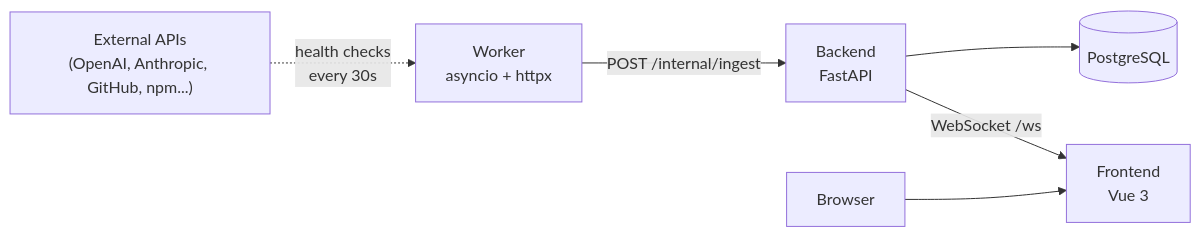
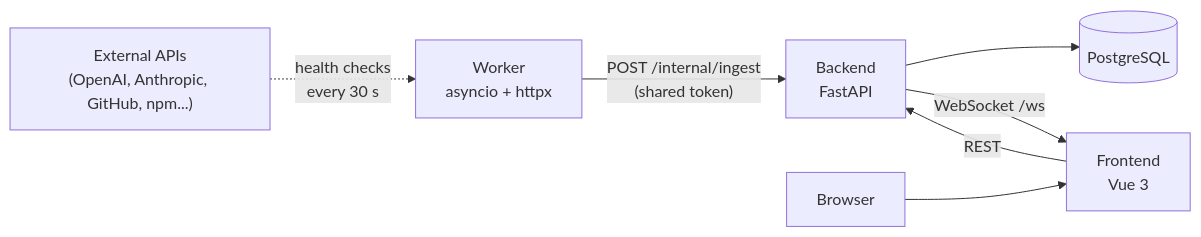
Before and after one commit to carlosmorales-dev-mx/Chrono: the first of 2 diagrams in README.md, drawn with Mermaid. The commit also changed other lines of this file and 31 other files, not shown here.

````diff
--- a/README.md
+++ b/README.md
@@ -64,8 +72,9 @@
 ```mermaid
 graph LR
-    External["External APIs<br/>(OpenAI, Anthropic, GitHub, npm...)"] -.->|"health checks<br/>every 30s"| Worker["Worker<br/>asyncio + httpx"]
-    Worker -->|"POST /internal/ingest"| Backend["Backend<br/>FastAPI"]
+    External["External APIs<br/>(OpenAI, Anthropic, GitHub, npm...)"] -.->|"health checks<br/>every 30 s"| Worker["Worker<br/>asyncio + httpx"]
+    Worker -->|"POST /internal/ingest<br/>(shared token)"| Backend["Backend<br/>FastAPI"]
     Backend --> DB[("PostgreSQL")]
     Backend -->|"WebSocket /ws"| Frontend["Frontend<br/>Vue 3"]
     Browser[Browser] --> Frontend
+    Frontend -->|"REST"| Backend
 ```
````
